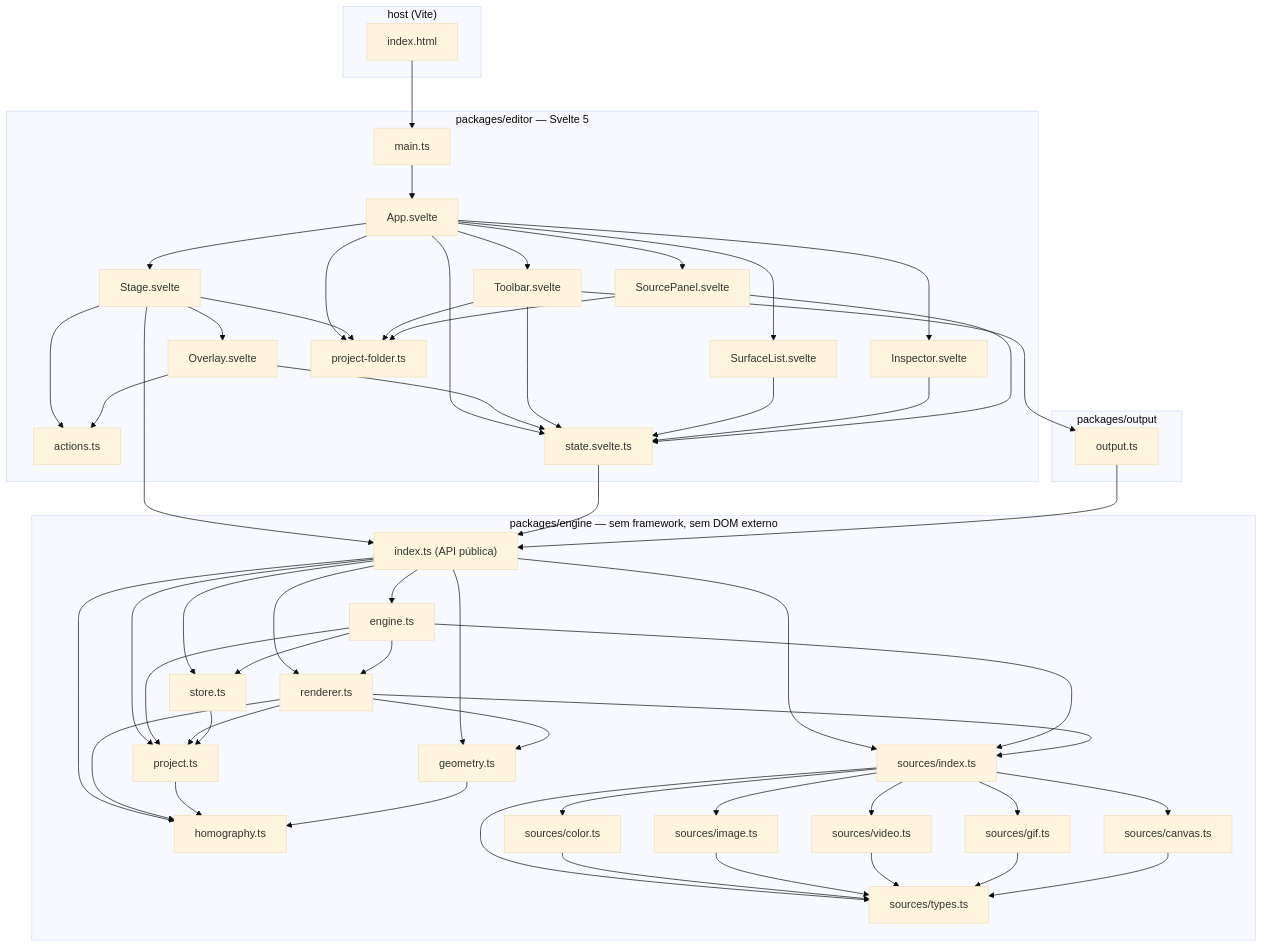
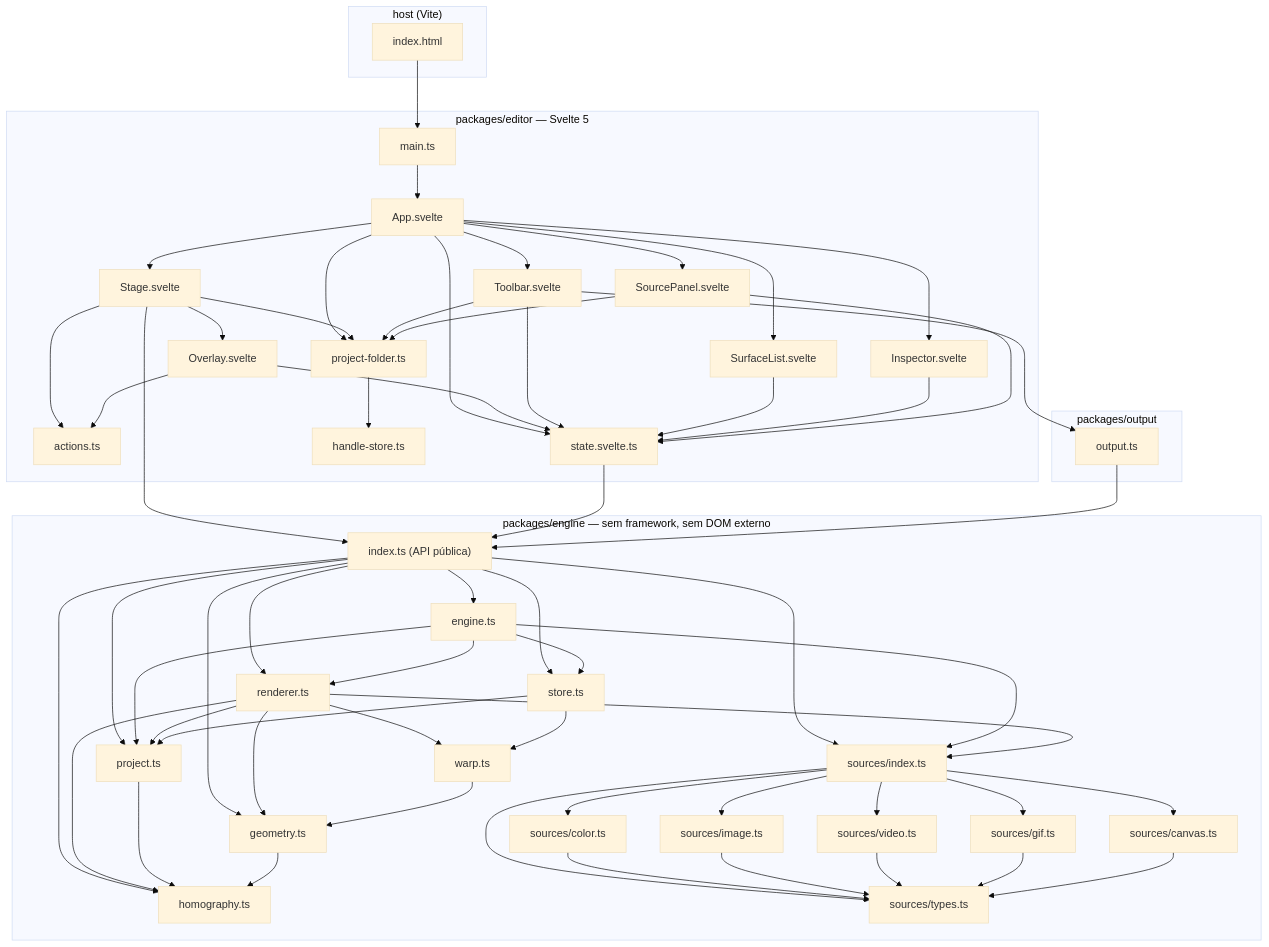
One commit to RosaErick/map-engine changed the diagram in docs/ARCHITECTURE.md. Above: the diagram before and after it, drawn with Mermaid (base theme). The commit also changed other lines of this file and 2 other files, not shown here.

````diff
--- a/docs/ARCHITECTURE.md
+++ b/docs/ARCHITECTURE.md
@@ -37,65 +37,69 @@
 ```mermaid
 graph TD
   subgraph host["host (Vite)"]
     IH["index.html"]
   end
 
   subgraph editor["packages/editor — Svelte 5"]
     MAIN["main.ts"]
     APP["App.svelte"]
     STAGE["Stage.svelte"]
     OVER["Overlay.svelte"]
     TOOL["Toolbar.svelte"]
     LIST["SurfaceList.svelte"]
     INSP["Inspector.svelte"]
     SRCP["SourcePanel.svelte"]
     ACT["actions.ts"]
     UIST["state.svelte.ts"]
     PF["project-folder.ts"]
+    HS["handle-store.ts"]
   end
 
   subgraph out["packages/output"]
     OUT["output.ts"]
   end
 
   subgraph eng["packages/engine — sem framework, sem DOM externo"]
     IDX["index.ts (API pública)"]
     ENG["engine.ts"]
     REN["renderer.ts"]
     STORE["store.ts"]
     PROJ["project.ts"]
     HOM["homography.ts"]
     GEO["geometry.ts"]
+    WARP["warp.ts"]
     SIDX["sources/index.ts"]
     STY["sources/types.ts"]
     SCOL["sources/color.ts"]
     SIMG["sources/image.ts"]
     SVID["sources/video.ts"]
     SGIF["sources/gif.ts"]
     SCAN["sources/canvas.ts"]
   end
 
   IH --> MAIN --> APP
   APP --> STAGE & TOOL & LIST & INSP & SRCP & UIST & PF
+  PF --> HS
   STAGE --> OVER & ACT & PF & IDX
   OVER --> ACT & UIST
   TOOL --> OUT & PF & UIST
   LIST --> UIST
   INSP --> UIST
   SRCP --> UIST & PF
   UIST --> IDX
   OUT --> IDX
 
   IDX --> ENG & STORE & PROJ & HOM & GEO & REN & SIDX
   ENG --> REN & SIDX & STORE & PROJ
-  REN --> HOM & GEO & PROJ & SIDX
-  STORE --> PROJ
+  REN --> HOM & GEO & PROJ & SIDX & WARP
+  STORE --> PROJ & WARP
+  WARP --> GEO
   PROJ --> HOM
   GEO --> HOM
   SIDX --> STY & SCOL & SIMG & SVID & SGIF & SCAN
   SCOL --> STY
   SIMG --> STY
   SVID --> STY
   SGIF --> STY
   SCAN --> STY
 ```
````
